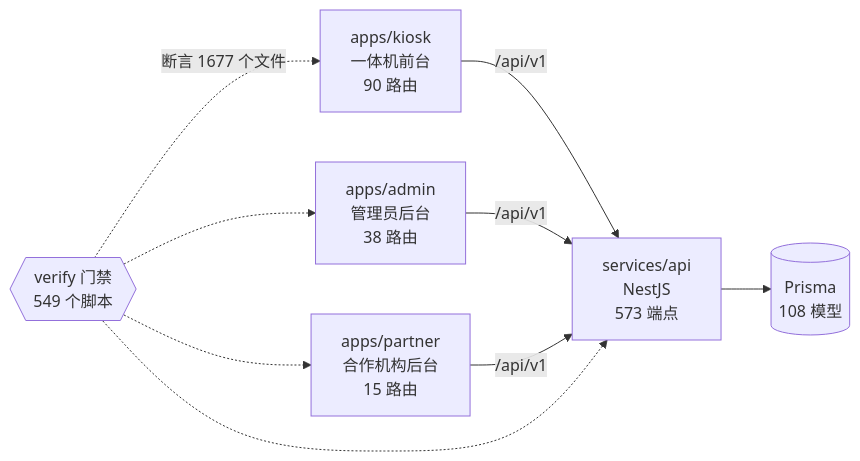
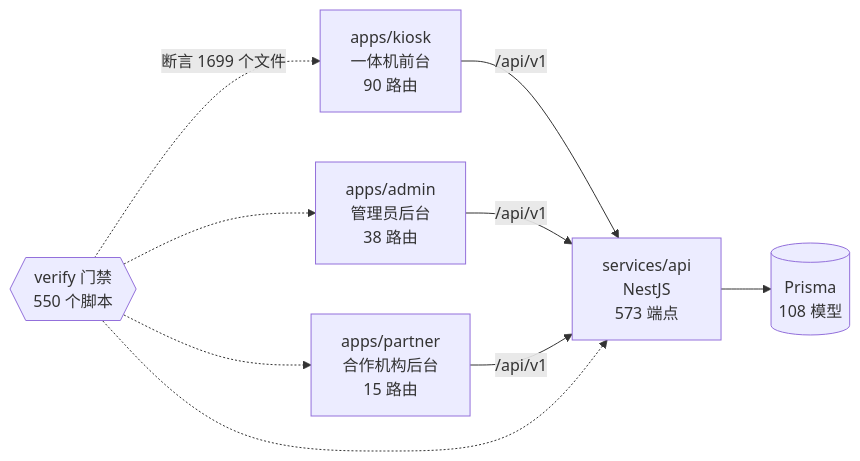
One commit to wanglei581/YITIJI changed the diagram in docs/graph/README.md. Above: the diagram before and after it, drawn with Mermaid. The commit also changed other lines of this file and 2 other files, not shown here.

Commit message:
chore(graph): regenerate after Grok walkthrough lanes, #1110 #1107

````diff
--- a/docs/graph/README.md
+++ b/docs/graph/README.md
@@ -68,18 +68,18 @@
 ```mermaid
 flowchart LR
   kiosk["apps/kiosk<br/>一体机前台<br/>90 路由"]
   admin["apps/admin<br/>管理员后台<br/>38 路由"]
   partner["apps/partner<br/>合作机构后台<br/>15 路由"]
   api["services/api<br/>NestJS<br/>573 端点"]
   db[("Prisma<br/>108 模型")]
-  gates{{"verify 门禁<br/>549 个脚本"}}
+  gates{{"verify 门禁<br/>550 个脚本"}}
 
   kiosk -->|"/api/v1"| api
   admin -->|"/api/v1"| api
   partner -->|"/api/v1"| api
   api --> db
-  gates -.->|"断言 1677 个文件"| kiosk
+  gates -.->|"断言 1699 个文件"| kiosk
   gates -.-> admin
   gates -.-> partner
   gates -.-> api
 ```
````
